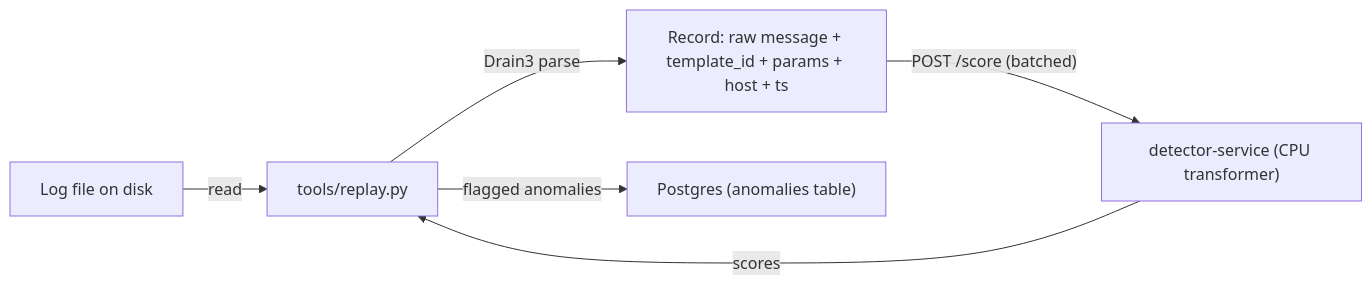
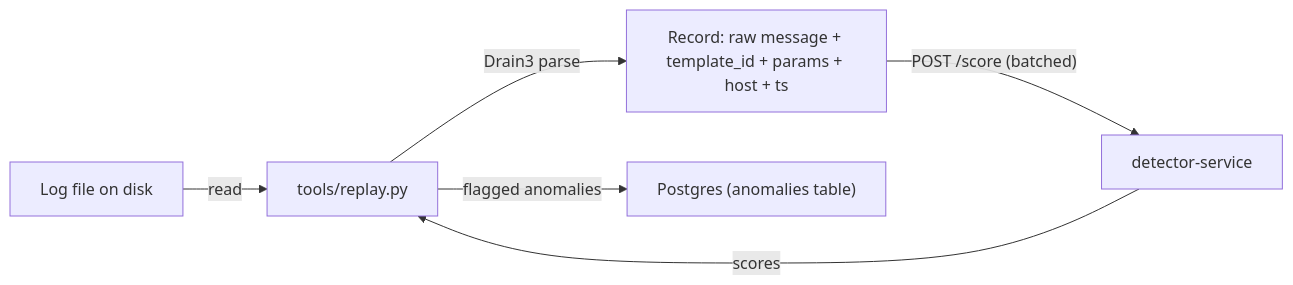
Before and after one commit to SerraFacundo/anomaly-watch: the third of 5 diagrams in ARCHITECTURE.md, drawn with Mermaid. The commit also changed other lines of this file and 33 other files, not shown here.

````diff
--- a/ARCHITECTURE.md
+++ b/ARCHITECTURE.md
@@ -177,8 +218,8 @@
 ```mermaid
 flowchart LR
     FILE["Log file on disk"] -->|read| RP["tools/replay.py"]
     RP -->|Drain3 parse| REC["Record: raw message + template_id + params + host + ts"]
-    REC -->|"POST /score (batched)"| DS["detector-service (CPU transformer)"]
+    REC -->|"POST /score (batched)"| DS["detector-service"]
     DS -->|scores| RP
     RP -->|flagged anomalies| PG["Postgres (anomalies table)"]
 ```
````
